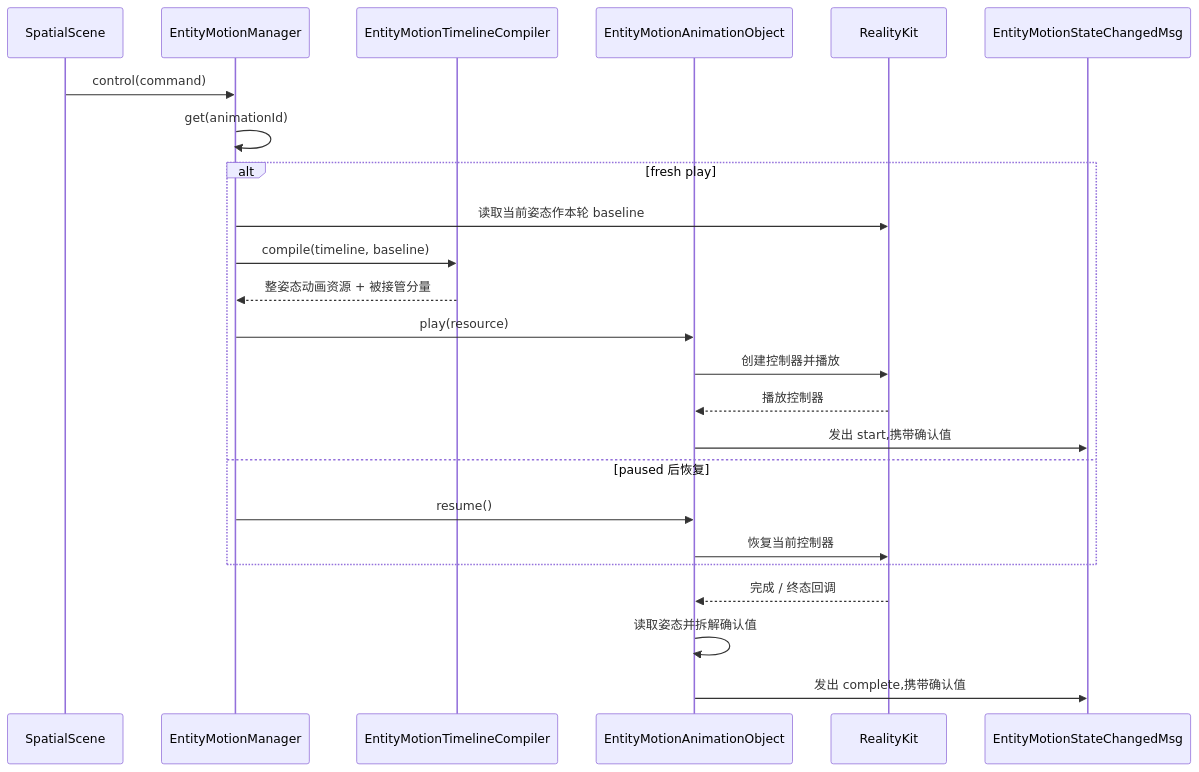
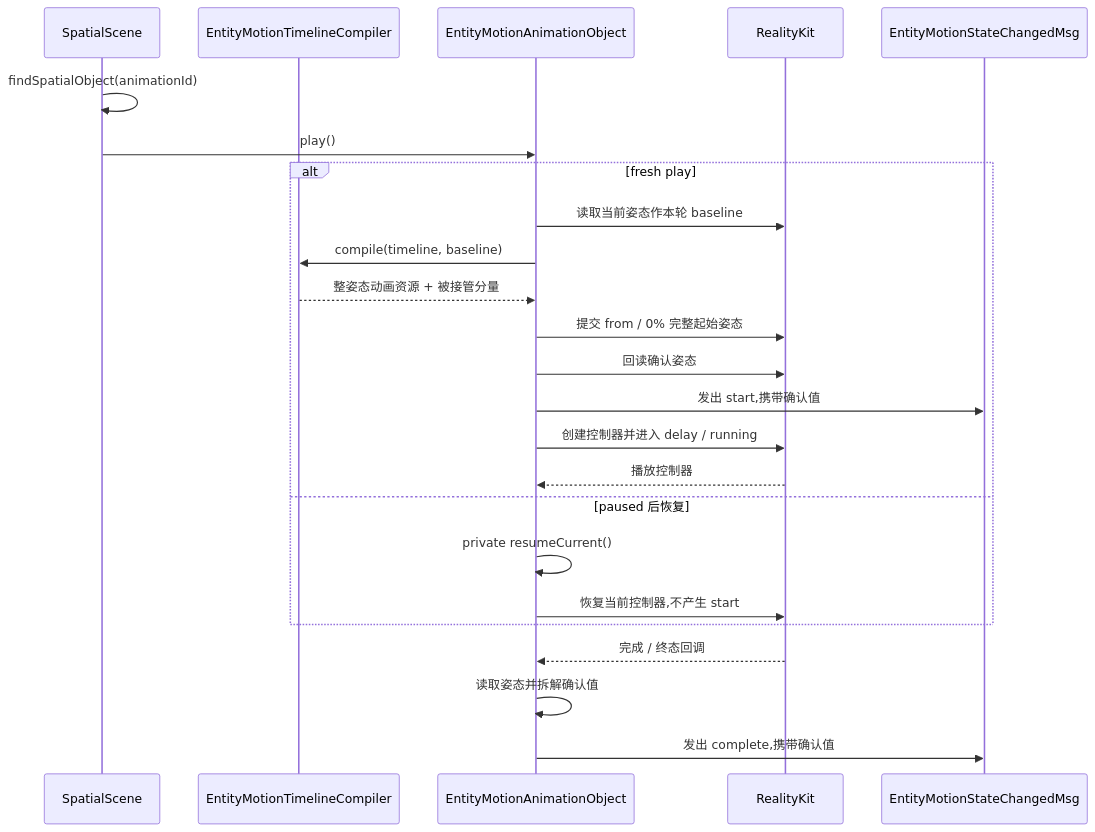
Diagram 11 of 14 in openspec/changes/redesign-entity-motion-api/design.zh.md (webspatial/webspatial-sdk), drawn with Mermaid before and after one commit. The commit also changed other lines of this file and 1 other file, not shown here.

````diff
--- a/openspec/changes/redesign-entity-motion-api/design.zh.md
+++ b/openspec/changes/redesign-entity-motion-api/design.zh.md
@@ -929,27 +1013,27 @@
 ```mermaid
 sequenceDiagram
     participant Scene as SpatialScene
-    participant Manager as EntityMotionManager
     participant Compiler as EntityMotionTimelineCompiler
     participant Obj as EntityMotionAnimationObject
     participant RK as RealityKit
     participant Event as EntityMotionStateChangedMsg
 
-    Scene->>Manager: control(command)
-    Manager->>Manager: get(animationId)
+    Scene->>Scene: findSpatialObject(animationId)
+    Scene->>Obj: play()
     alt fresh play
-        Manager->>RK: 读取当前姿态作本轮 baseline
-        Manager->>Compiler: compile(timeline, baseline)
-        Compiler-->>Manager: 整姿态动画资源 + 被接管分量
-        Manager->>Obj: play(resource)
-        Obj->>RK: 创建控制器并播放
+        Obj->>RK: 读取当前姿态作本轮 baseline
+        Obj->>Compiler: compile(timeline, baseline)
+        Compiler-->>Obj: 整姿态动画资源 + 被接管分量
+        Obj->>RK: 提交 from / 0% 完整起始姿态
+        Obj->>RK: 回读确认姿态
+        Obj->>Event: 发出 start,携带确认值
+        Obj->>RK: 创建控制器并进入 delay / running
         RK-->>Obj: 播放控制器
-        Obj->>Event: 发出 start,携带确认值
     else paused 后恢复
-        Manager->>Obj: resume()
-        Obj->>RK: 恢复当前控制器
+        Obj->>Obj: private resumeCurrent()
+        Obj->>RK: 恢复当前控制器,不产生 start
     end
     RK-->>Obj: 完成 / 终态回调
     Obj->>Obj: 读取姿态并拆解确认值
     Obj->>Event: 发出 complete,携带确认值
 ```
````
